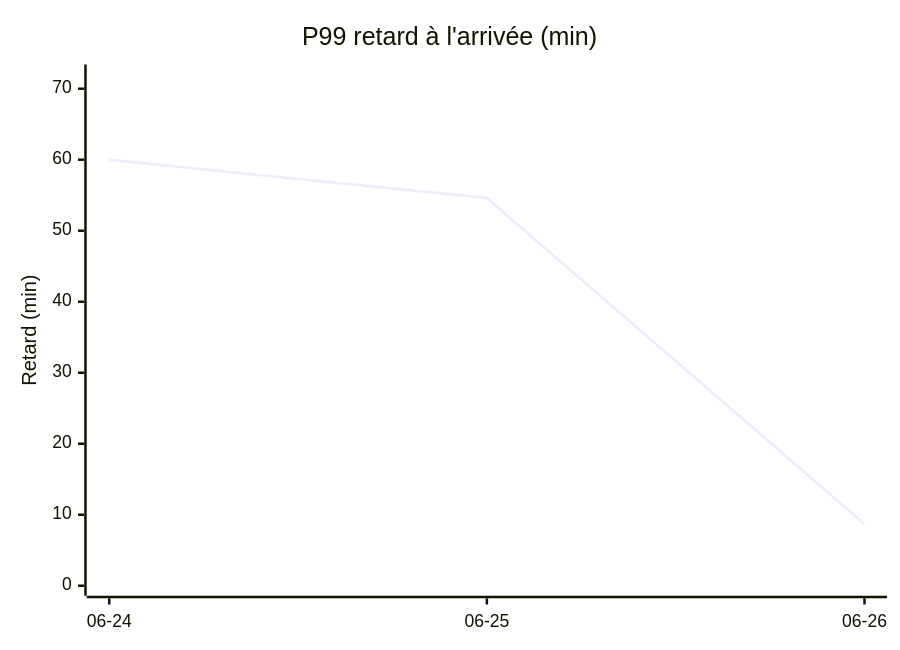
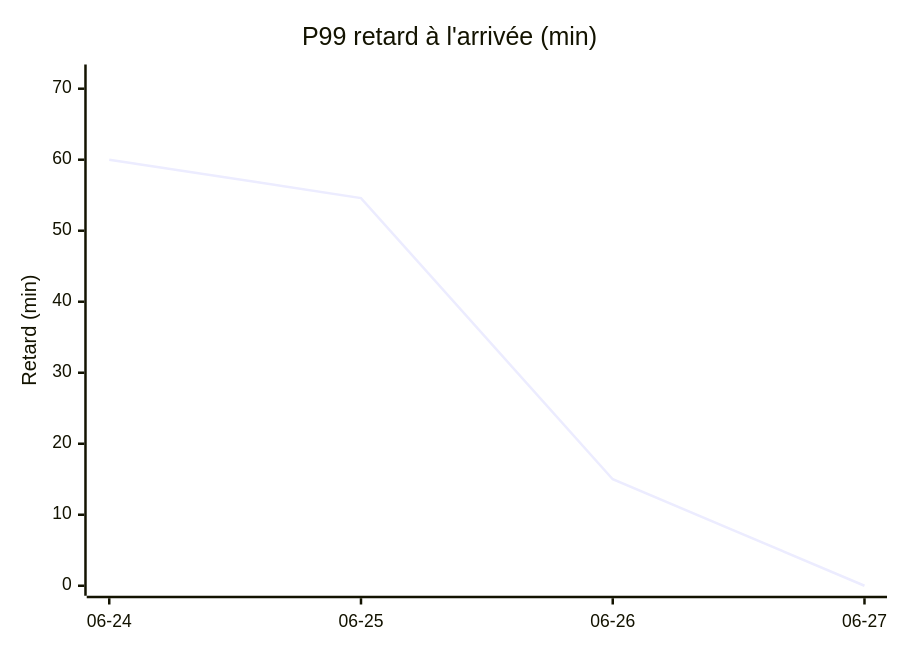
Before and after one commit to antoinerep/horaire-ter: the second of 4 diagrams in STATS.md, drawn with Mermaid. The commit also changed other lines of this file and 1 other file, not shown here.

````diff
--- a/STATS.md
+++ b/STATS.md
@@ -39,7 +39,7 @@
 ```mermaid
 xychart-beta
     title "P99 retard à l'arrivée (min)"
-    x-axis ["06-24", "06-25", "06-26"]
+    x-axis ["06-24", "06-25", "06-26", "06-27"]
     y-axis "Retard (min)" 0 --> 72
-    line [60.0, 54.6, 8.7]
+    line [60.0, 54.6, 15.0, 0.0]
 ```
````
